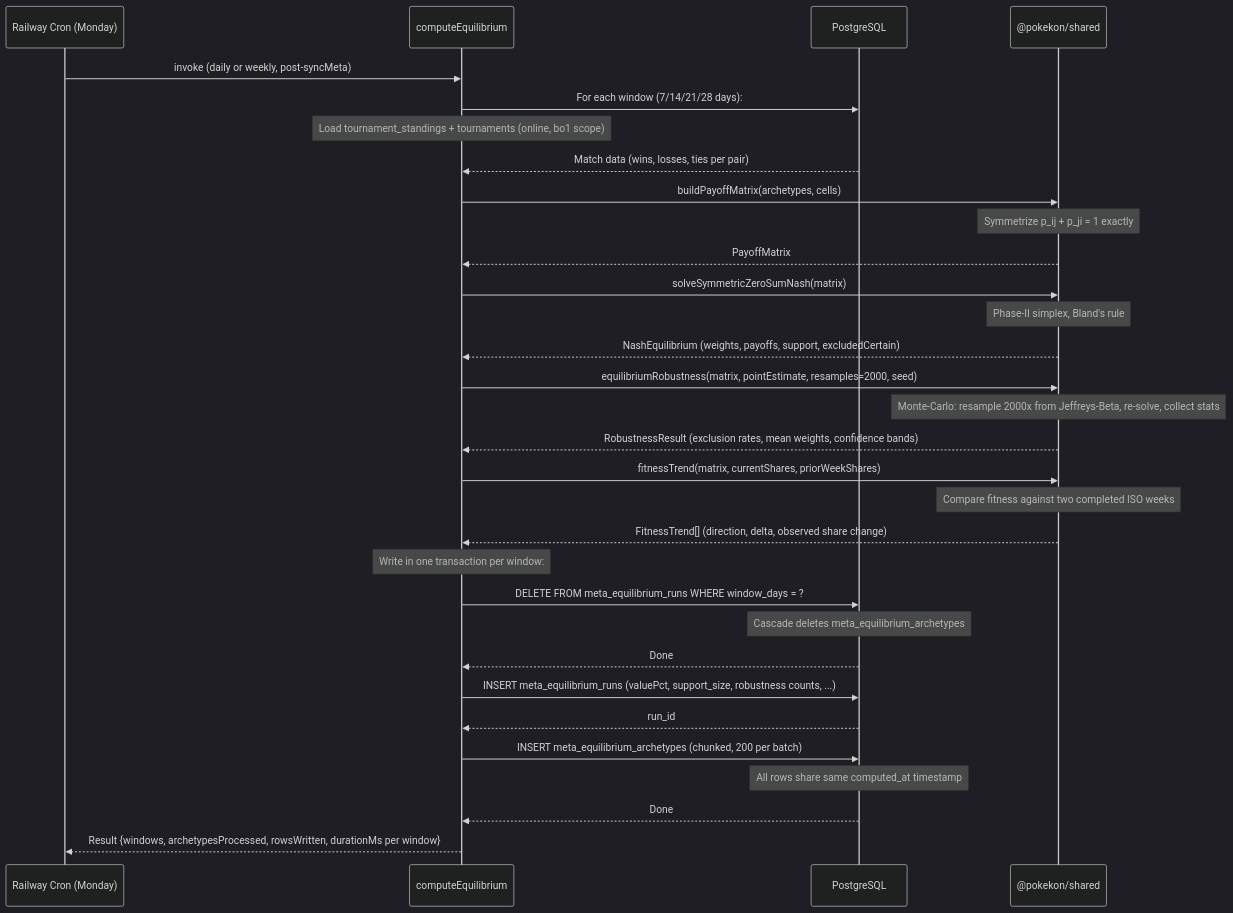
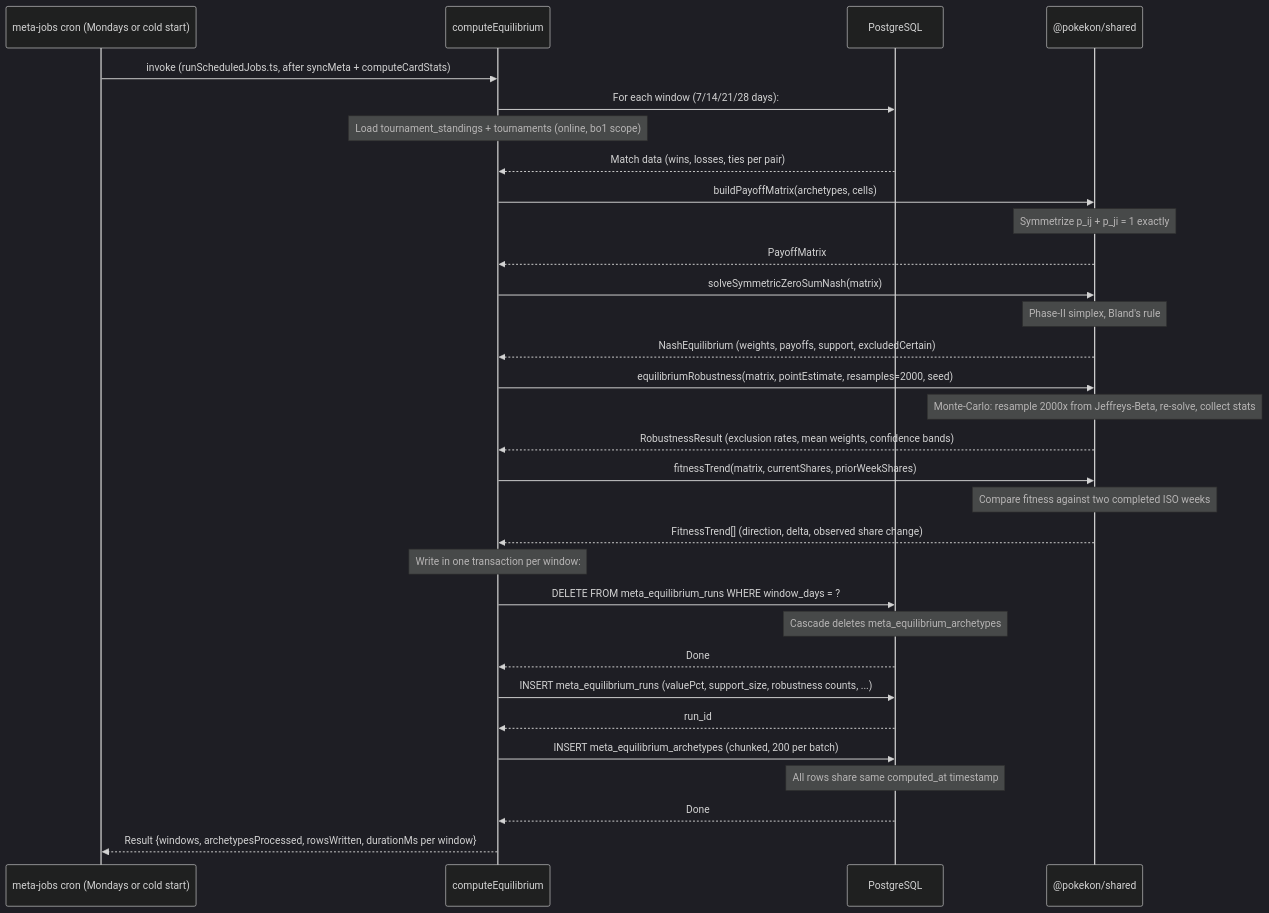
Before and after one commit to konradthiemann/Pokekon: diagram 15 of 16 in docs/data-flow.md, drawn with Mermaid (dark theme). The commit also changed other lines of this file and 8 other files, not shown here.

First line of the commit message:
fix(api): schedule the meta jobs in one daily cron entry point

````diff
--- a/docs/data-flow.md
+++ b/docs/data-flow.md
@@ -568,40 +570,40 @@
 ```mermaid
 sequenceDiagram
-    participant Cron as Railway Cron (Monday)
+    participant Cron as meta-jobs cron (Mondays or cold start)
     participant Job as computeEquilibrium
     participant DB as PostgreSQL
     participant SharedLib as @pokekon/shared
 
-    Cron->>Job: invoke (daily or weekly, post-syncMeta)
+    Cron->>Job: invoke (runScheduledJobs.ts, after syncMeta + computeCardStats)
     Job->>DB: For each window (7/14/21/28 days):
     Note over Job: Load tournament_standings + tournaments (online, bo1 scope)
     DB-->>Job: Match data (wins, losses, ties per pair)
     
     Job->>SharedLib: buildPayoffMatrix(archetypes, cells)
     Note over SharedLib: Symmetrize p_ij + p_ji = 1 exactly
     SharedLib-->>Job: PayoffMatrix
     
     Job->>SharedLib: solveSymmetricZeroSumNash(matrix)
     Note over SharedLib: Phase-II simplex, Bland's rule
     SharedLib-->>Job: NashEquilibrium (weights, payoffs, support, excludedCertain)
     
     Job->>SharedLib: equilibriumRobustness(matrix, pointEstimate, resamples=2000, seed)
     Note over SharedLib: Monte-Carlo: resample 2000x from Jeffreys-Beta, re-solve, collect stats
     SharedLib-->>Job: RobustnessResult (exclusion rates, mean weights, confidence bands)
     
     Job->>SharedLib: fitnessTrend(matrix, currentShares, priorWeekShares)
     Note over SharedLib: Compare fitness against two completed ISO weeks
     SharedLib-->>Job: FitnessTrend[] (direction, delta, observed share change)
     
     Note over Job: Write in one transaction per window:
     Job->>DB: DELETE FROM meta_equilibrium_runs WHERE window_days = ?
     Note over DB: Cascade deletes meta_equilibrium_archetypes
     DB-->>Job: Done
     Job->>DB: INSERT meta_equilibrium_runs (valuePct, support_size, robustness counts, ...)
     DB-->>Job: run_id
     Job->>DB: INSERT meta_equilibrium_archetypes (chunked, 200 per batch)
     Note over DB: All rows share same computed_at timestamp
     DB-->>Job: Done
     
     Job-->>Cron: Result {windows, archetypesProcessed, rowsWritten, durationMs per window}
 ```
````
